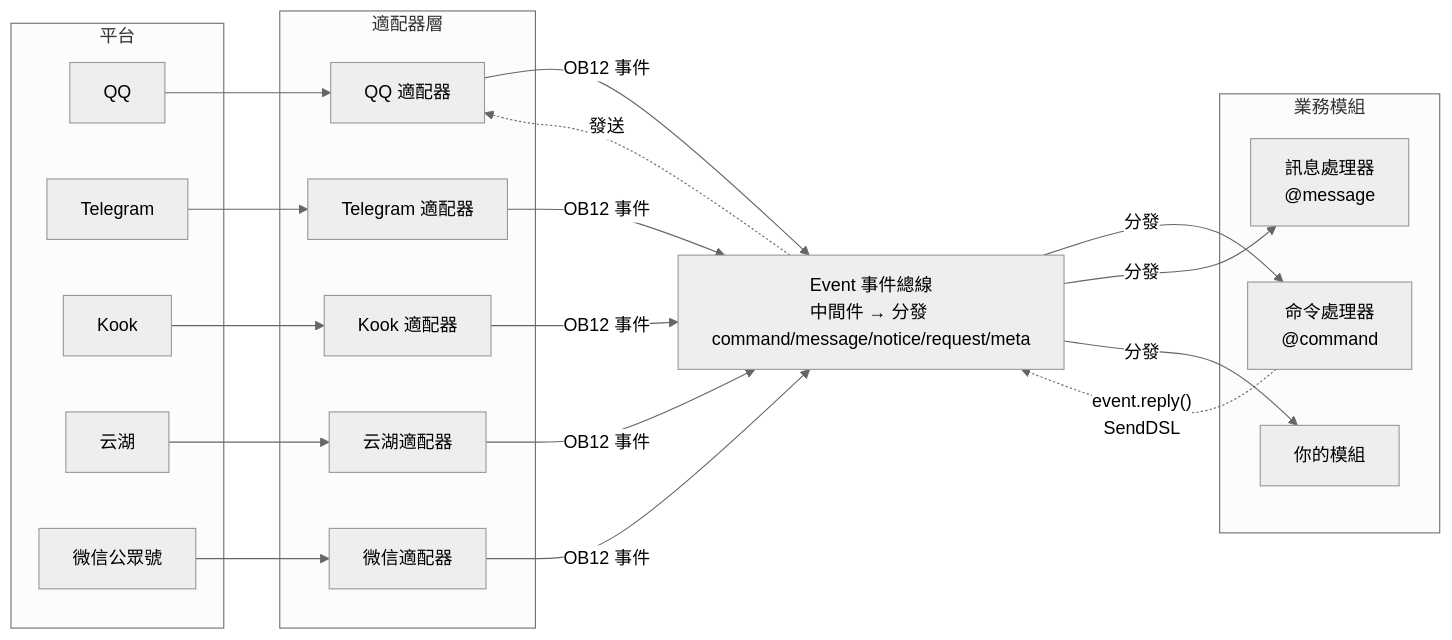
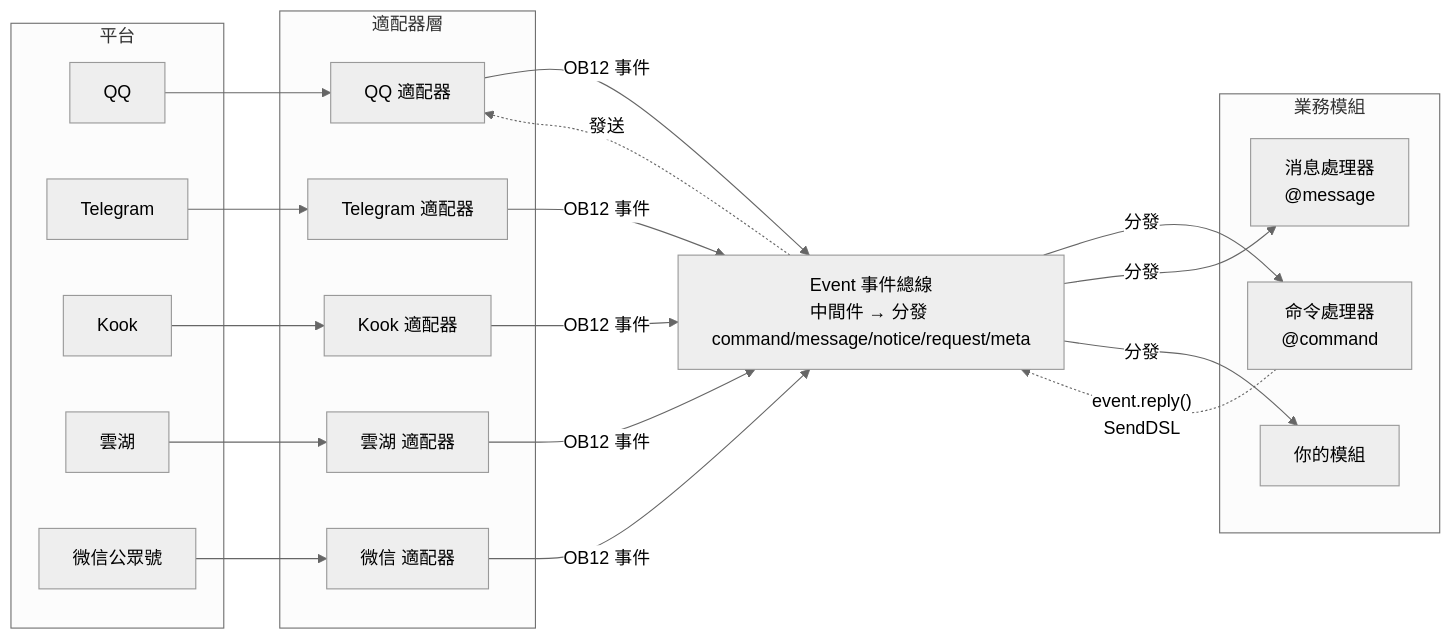
The first of 2 diagrams in README.zh-TW.md (ErisPulse/ErisPulse), drawn with Mermaid (neutral theme) before and after one commit. The commit also changed other lines of this file and 7 other files, not shown here.

````diff
--- a/README.zh-TW.md
+++ b/README.zh-TW.md
@@ -111,45 +111,45 @@
 ```mermaid
 graph LR
     subgraph Platforms[平台]
         QQ["QQ"]
         TG["Telegram"]
         Kook["Kook"]
-        YH["云湖"]
+        YH["雲湖"]
         WX["微信公眾號"]
     end
 
     subgraph Adapters[適配器層]
         A1["QQ 適配器"]
         A2["Telegram 適配器"]
         A3["Kook 適配器"]
-        A4["云湖適配器"]
-        A5["微信適配器"]
+        A4["雲湖 適配器"]
+        A5["微信 適配器"]
     end
 
     Event["Event 事件總線<br/>中間件 → 分發 command/message/notice/request/meta"]
 
     subgraph Modules[業務模組]
         M1["命令處理器<br/>@command"]
-        M2["訊息處理器<br/>@message"]
+        M2["消息處理器<br/>@message"]
         M3["你的模組"]
     end
 
     QQ --> A1
     TG --> A2
     Kook --> A3
     YH --> A4
     WX --> A5
 
     A1 -->|"OB12 事件"| Event
     A2 -->|"OB12 事件"| Event
     A3 -->|"OB12 事件"| Event
     A4 -->|"OB12 事件"| Event
     A5 -->|"OB12 事件"| Event
 
     Event -->|"分發"| M1
     Event -->|"分發"| M2
     Event -->|"分發"| M3
 
     M1 -.->|"event.reply()<br/>SendDSL"| Event
     Event -.->|"發送"| A1
 ```
````
